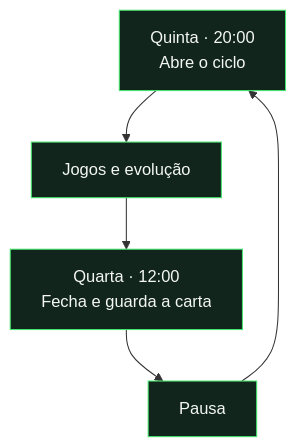
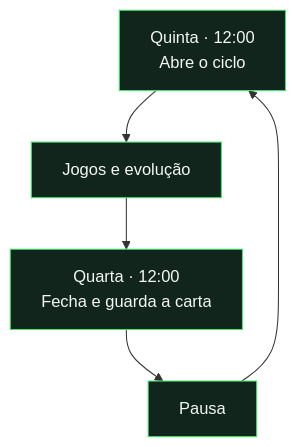
One commit to MeguminKami/peladinhas-cards changed the second of 2 diagrams in docs/reference/cards-and-ratings.md. Above: the diagram before and after it, drawn with Mermaid. The commit also changed other lines of this file and 40 other files, not shown here.

````diff
--- a/docs/reference/cards-and-ratings.md
+++ b/docs/reference/cards-and-ratings.md
@@ -38,8 +38,8 @@
 ```mermaid
 flowchart TB
     classDef default fill:#11251d,stroke:#42e66c,color:#f4f7f5,stroke-width:1px;
-    A["Quinta · 20:00<br/>Abre o ciclo"] --> B["Jogos e evolução"]
+    A["Quinta · 12:00<br/>Abre o ciclo"] --> B["Jogos e evolução"]
     B --> C["Quarta · 12:00<br/>Fecha e guarda a carta"]
     C --> D["Pausa"]
     D --> A
 ```
````
